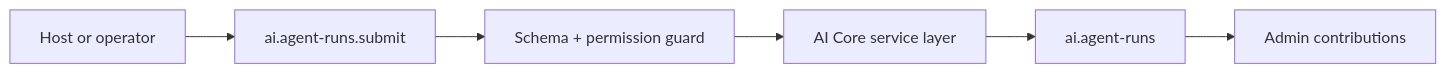
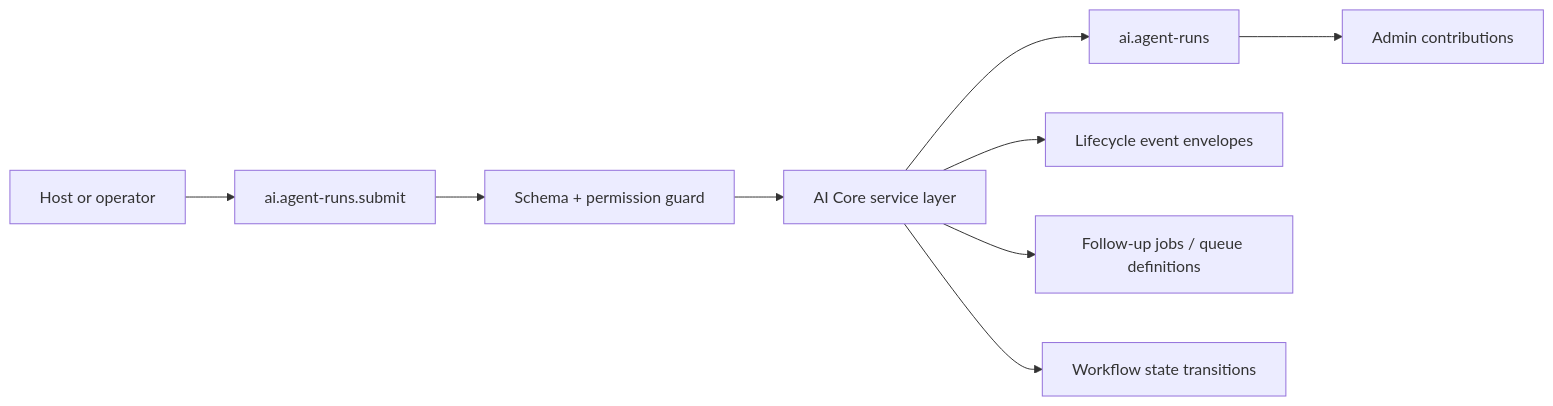
One commit to gutula/gutu-plugin-ai-core changed the first of 2 diagrams in DEVELOPER.md. Above: the diagram before and after it, drawn with Mermaid. The commit also changed other lines of this file and 12 other files, not shown here.

````diff
--- a/DEVELOPER.md
+++ b/DEVELOPER.md
@@ -122,8 +145,11 @@
 ```mermaid
 flowchart LR
   caller["Host or operator"] --> action["ai.agent-runs.submit"]
   action --> validation["Schema + permission guard"]
   validation --> service["AI Core service layer"]
   service --> state["ai.agent-runs"]
+  service --> events["Lifecycle event envelopes"]
+  service --> jobs["Follow-up jobs / queue definitions"]
+  service --> workflows["Workflow state transitions"]
   state --> ui["Admin contributions"]
 ```
````
